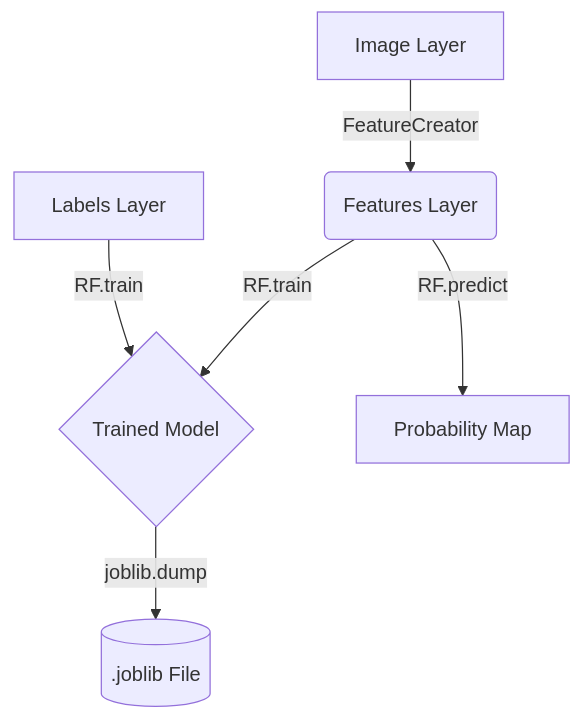
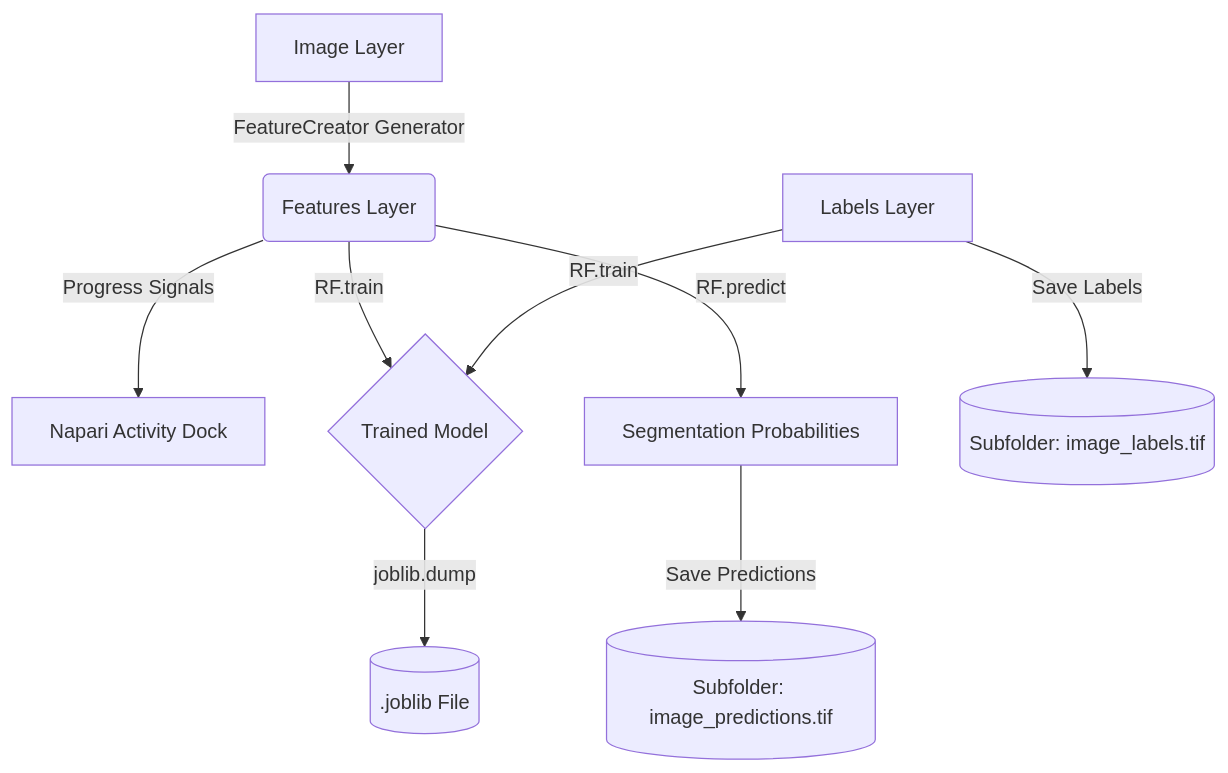
One commit to chuyaowang/napari-rf changed the diagram in docs/wiki/Architecture.md. Above: the diagram before and after it, drawn with Mermaid. The commit also changed other lines of this file and 2 other files, not shown here.

Commit message:
docs: update wiki to include new feature extraction, saving logic, and UI enhancements

````diff
--- a/docs/wiki/Architecture.md
+++ b/docs/wiki/Architecture.md
@@ -27,8 +36,11 @@
 ```mermaid
 graph TD
-    A[Image Layer] -->|FeatureCreator| B(Features Layer)
+    A[Image Layer] -->|FeatureCreator Generator| B(Features Layer)
+    B -->|Progress Signals| G[Napari Activity Dock]
     B -->|RF.train| D{Trained Model}
     C[Labels Layer] -->|RF.train| D
-    B -->|RF.predict| E[Probability Map]
+    B -->|RF.predict| E[Segmentation Probabilities]
     D -->|joblib.dump| F[(.joblib File)]
+    C -->|Save Labels| H[(Subfolder: image_labels.tif)]
+    E -->|Save Predictions| I[(Subfolder: image_predictions.tif)]
 ```
````
